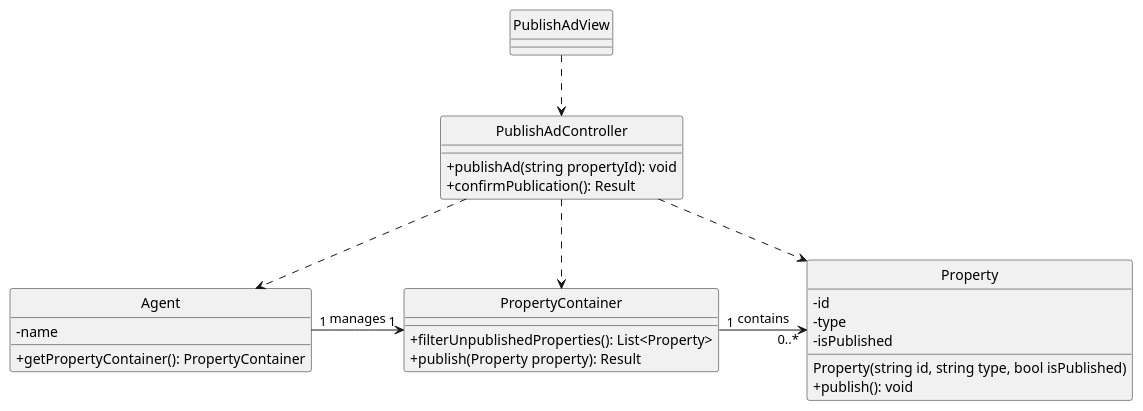
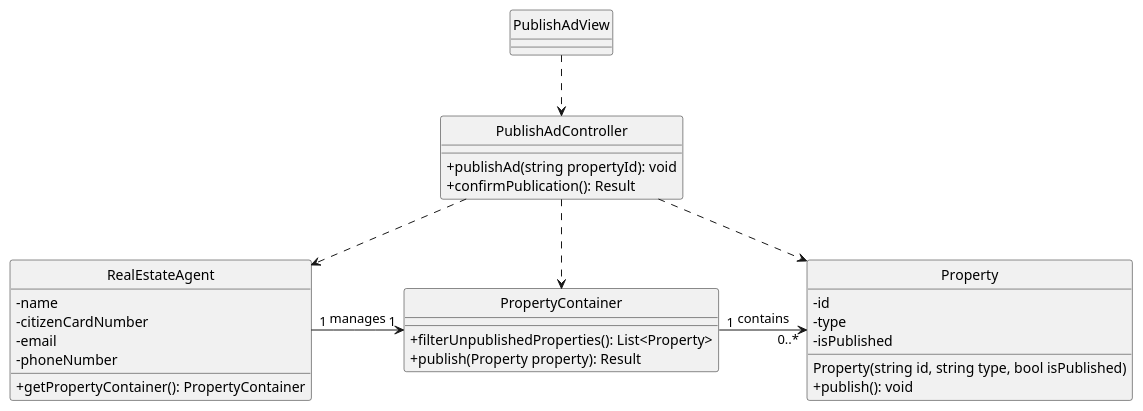
Before and after one commit to goncalomaia18/leti-esoft-24-25-A2: the diagram in docs/Sprint3/US40/US40-CD.puml, drawn with PlantUML. The commit also changed 30 other files, not shown here.

```diff
--- a/docs/Sprint3/US40/US40-CD.puml
+++ b/docs/Sprint3/US40/US40-CD.puml
@@ -1,41 +1,44 @@
 @startuml
 'https://plantuml.com/class-diagram
 
 hide circle
 skinparam classAttributeIconSize 0
 
 class PublishAdView {
 }
 
 class PublishAdController {
     +publishAd(string propertyId): void
     +confirmPublication(): Result
 }
 
-class Agent {
+class RealEstateAgent {
     - name
+    -citizenCardNumber
+    -email
+    -phoneNumber
     +getPropertyContainer(): PropertyContainer
 }
 
 class PropertyContainer {
     +filterUnpublishedProperties(): List<Property>
     +publish(Property property): Result
 }
 
 class Property {
     - id
     - type
     - isPublished
     Property(string id, string type, bool isPublished)
     +publish(): void
 }
 
-Agent "1" -right-> "1" PropertyContainer:  manages
+RealEstateAgent "1" -right-> "1" PropertyContainer:  manages
 PropertyContainer "1" -right-> "0..*" Property:  contains
 
 PublishAdView ..> PublishAdController
-PublishAdController ..> Agent
+PublishAdController ..> RealEstateAgent
 PublishAdController ..> PropertyContainer
 PublishAdController ..> Property
 
 @enduml
```
